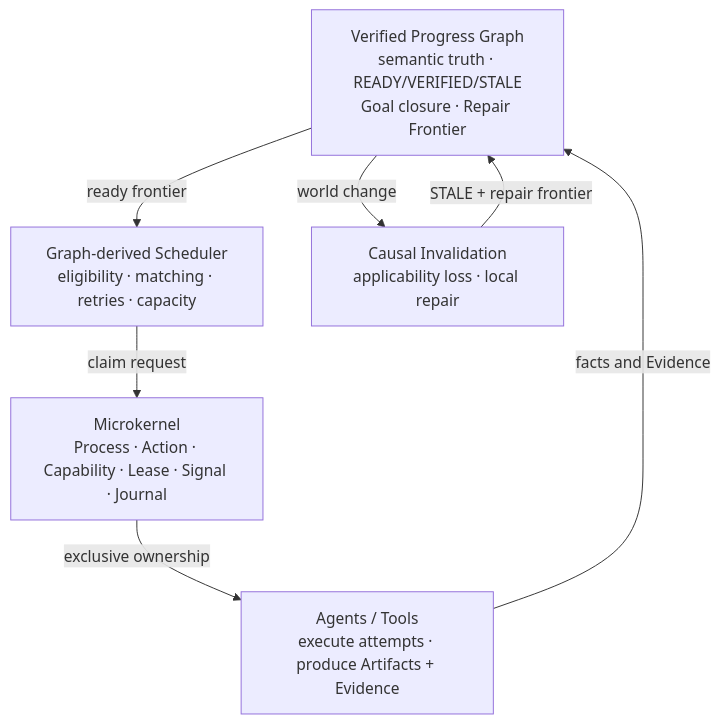
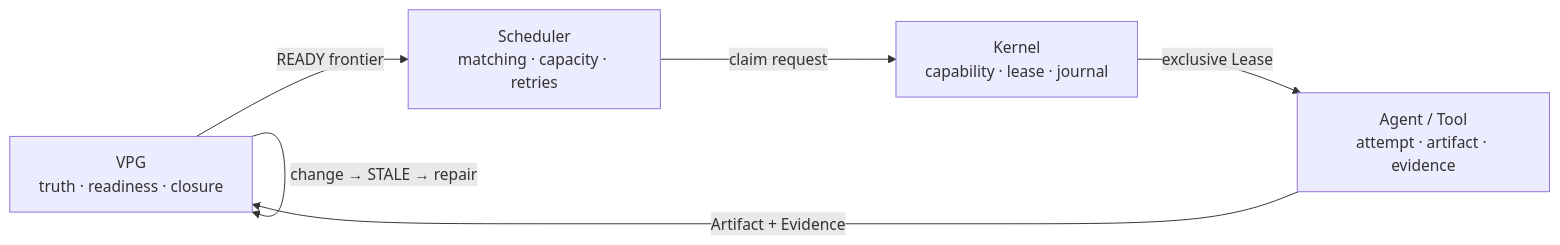
One commit to Yang-Jiashu/LongHorizonOS changed the diagram in README.md. Above: the diagram before and after it, drawn with Mermaid. The commit also changed other lines of this file and 73 other files, not shown here.

First line of the commit message:
feat(bench): add live-model semantic-repair benchmark refresh

````diff
--- a/README.md
+++ b/README.md
@@ -57,15 +43,13 @@
 ```mermaid
-flowchart TB
-    G["Verified Progress Graph<br/>semantic truth · READY/VERIFIED/STALE<br/>Goal closure · Repair Frontier"]
-    S["Graph-derived Scheduler<br/>eligibility · matching · retries · capacity"]
-    K["Microkernel<br/>Process · Action · Capability · Lease · Signal · Journal"]
-    A["Agents / Tools<br/>execute attempts · produce Artifacts + Evidence"]
-    R["Causal Invalidation<br/>applicability loss · local repair"]
+flowchart LR
+    V["VPG<br/>truth · readiness · closure"]
+    S["Scheduler<br/>matching · capacity · retries"]
+    K["Kernel<br/>capability · lease · journal"]
+    A["Agent / Tool<br/>attempt · artifact · evidence"]
 
-    G -->|"ready frontier"| S
+    V -->|"READY frontier"| S
     S -->|"claim request"| K
-    K -->|"exclusive ownership"| A
-    A -->|"facts and Evidence"| G
-    G -->|"world change"| R
-    R -->|"STALE + repair frontier"| G
+    K -->|"exclusive Lease"| A
+    A -->|"Artifact + Evidence"| V
+    V -->|"change → STALE → repair"| V
 ```
````
